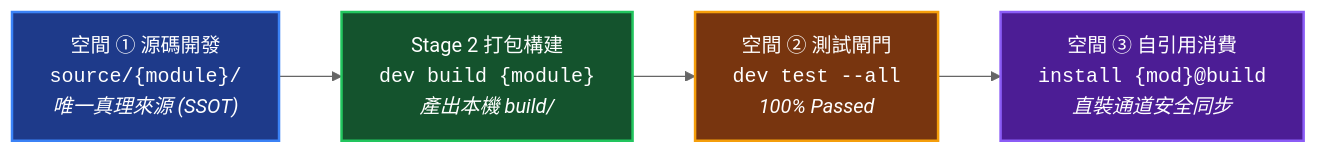
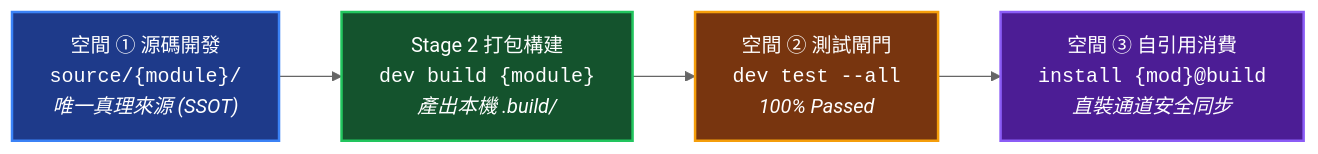
The diagram in docs/_project/STANDARDS.md (ysnaive/ys-codebase), drawn with Mermaid (neutral theme) before and after one commit. The commit also changed other lines of this file and 31 other files, not shown here.

Commit message:
feat(core,dev): decouple build artifacts from git tracking into .build/ space

````diff
--- a/docs/_project/STANDARDS.md
+++ b/docs/_project/STANDARDS.md
@@ -51,14 +49,14 @@
 ```mermaid
 graph LR
     classDef s1 fill:#1e3a8a,stroke:#3b82f6,stroke-width:2px,color:#fff;
     classDef s2 fill:#14532d,stroke:#22c55e,stroke-width:2px,color:#fff;
     classDef s3 fill:#78350f,stroke:#f59e0b,stroke-width:2px,color:#fff;
     classDef s4 fill:#4c1d95,stroke:#8b5cf6,stroke-width:2px,color:#fff;
 
     Stage1["空間 ① 源碼開發<br/><code>source/{module}/</code><br/><i>唯一真理來源 (SSOT)</i>"]:::s1
-    Stage2["Stage 2 打包構建<br/><code>dev build {module}</code><br/><i>產出本機 build/</i>"]:::s2
+    Stage2["Stage 2 打包構建<br/><code>dev build {module}</code><br/><i>產出本機 .build/</i>"]:::s2
     Stage3["空間 ② 測試閘門<br/><code>dev test --all</code><br/><i>100% Passed</i>"]:::s3
     Stage4["空間 ③ 自引用消費<br/><code>install {mod}@build</code><br/><i>直裝通道安全同步</i>"]:::s4
 
     Stage1 --> Stage2 --> Stage3 --> Stage4
 ```
````
